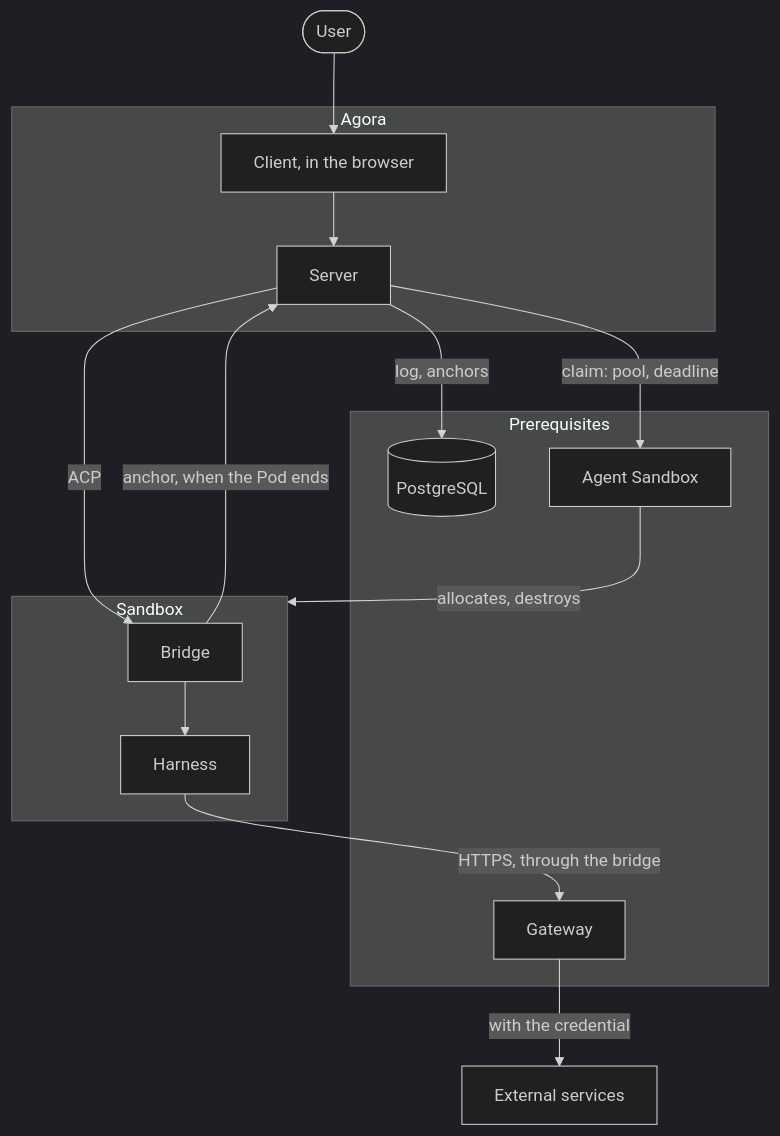
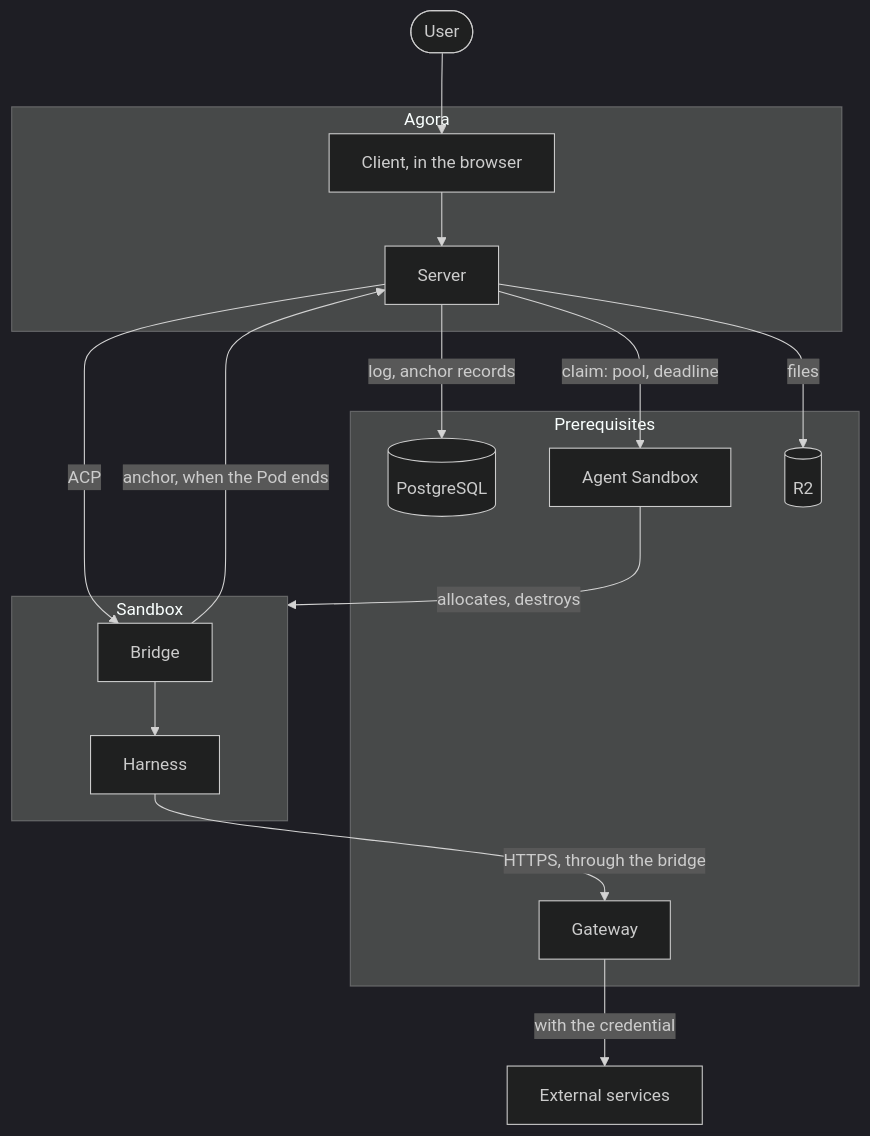
The first of 2 diagrams in docs/architecture/_overview.md (arnaultbretagne/agora), drawn with Mermaid (dark theme) before and after one commit. The commit also changed other lines of this file and 9 other files, not shown here.

````diff
--- a/docs/architecture/_overview.md
+++ b/docs/architecture/_overview.md
@@ -28,22 +28,24 @@
 ```mermaid
 flowchart TB
     User([User]) --> Client
     subgraph Agora
         Client[Client, in the browser] --> Server
     end
     subgraph Prerequisites
         DB[(PostgreSQL)]
         AS[Agent Sandbox]
         GW[Gateway]
+        R2[(R2)]
     end
     subgraph Sandbox
         Bridge --> Harness
     end
-    Server -- log, anchors --> DB
+    Server -- log, anchor records --> DB
+    Server -- files --> R2
     Server -- claim: pool, deadline --> AS
     AS -- allocates, destroys --> Sandbox
     Server -- ACP --> Bridge
     Bridge -- anchor, when the Pod ends --> Server
     Harness -- HTTPS, through the bridge --> GW
     GW -- with the credential --> Services[External services]
 ```
````
